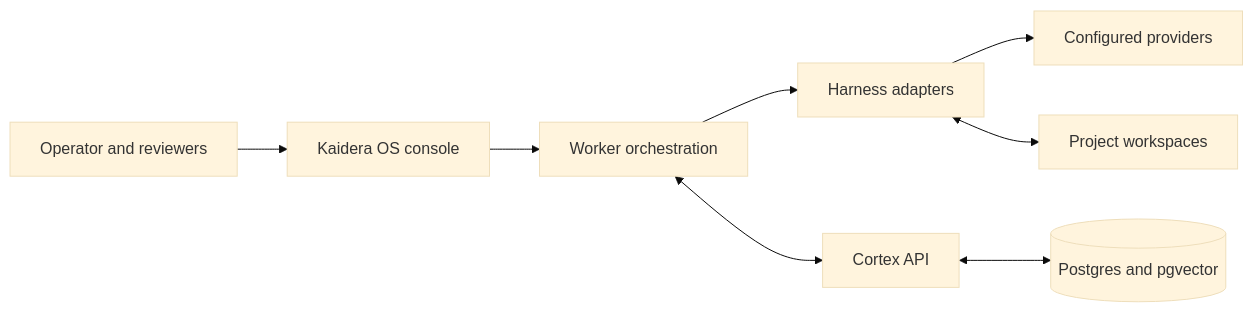
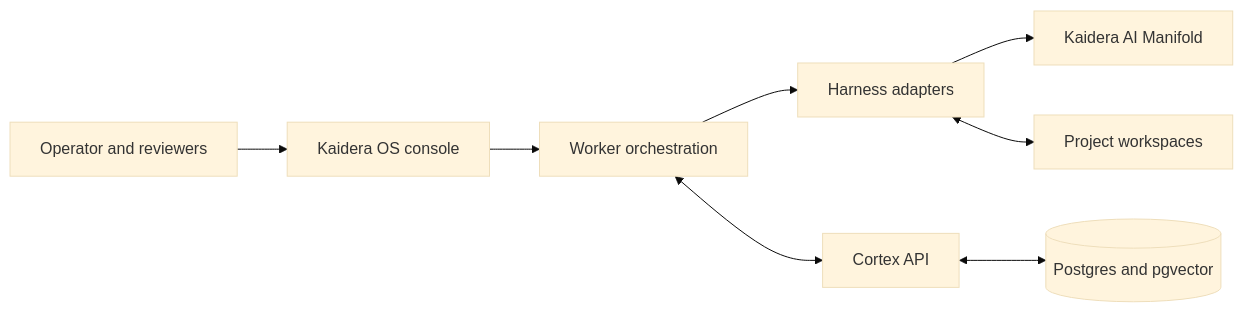
The diagram in README.md (Kaidera-AI/kaidera-os), drawn with Mermaid (base theme) before and after one commit. The commit also changed other lines of this file and 253 other files, not shown here.

````diff
--- a/README.md
+++ b/README.md
@@ -39,10 +39,10 @@
 ```mermaid
 flowchart LR
     Operator[Operator and reviewers] --> Console[Kaidera OS console]
     Console --> Orchestrator[Worker orchestration]
     Orchestrator --> Harnesses[Harness adapters]
-    Harnesses --> Providers[Configured providers]
+    Harnesses --> Providers[Kaidera AI Manifold]
     Harnesses <--> Workspace[Project workspaces]
     Orchestrator <--> Cortex[Cortex API]
     Cortex <--> Memory[(Postgres and pgvector)]
 ```
````
